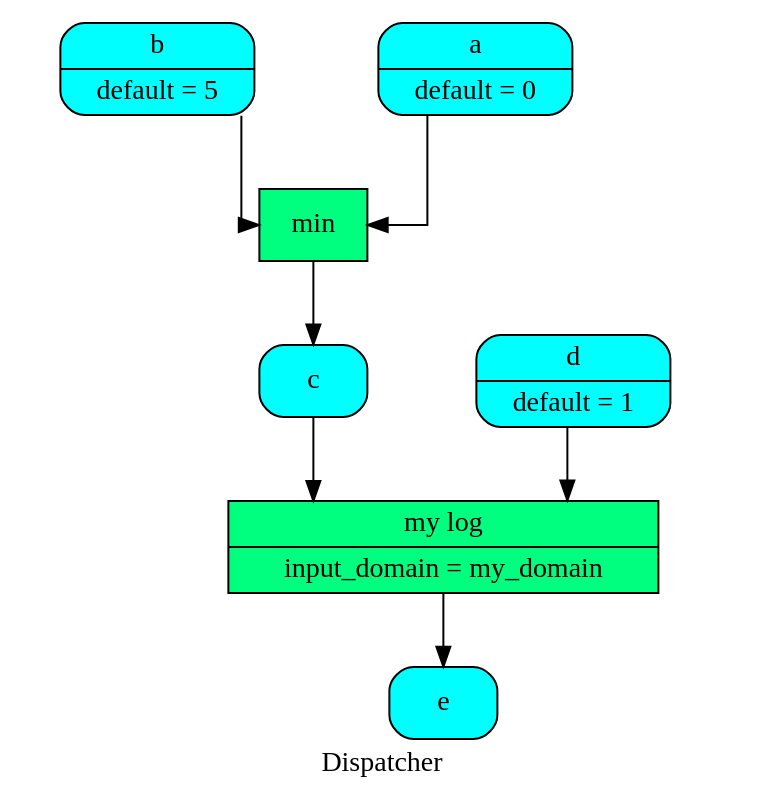
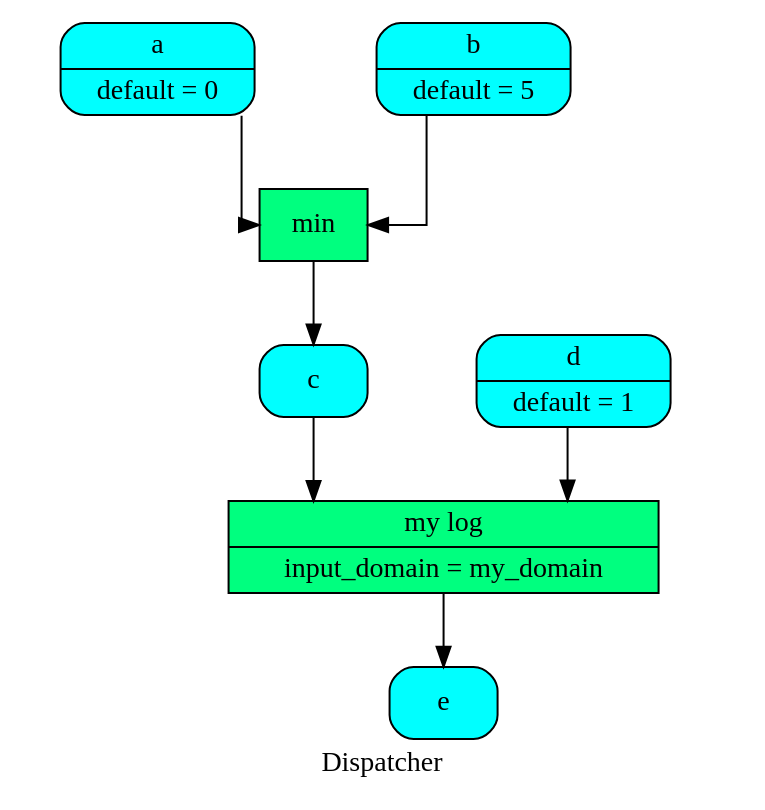
Before and after one commit to vinci1it2000/schedula: the diagram in doc/dispatcher/__init__/dispatch/dsp.dot, drawn with Graphviz. The commit also changed 27 other files, not shown here.

```diff
--- a/doc/dispatcher/__init__/dispatch/dsp.dot
+++ b/doc/dispatcher/__init__/dispatch/dsp.dot
@@ -1,19 +1,19 @@
 digraph Dispatcher {
 	graph [ratio=1]
 	node [style=filled]
+	label = "Dispatcher"
 	splines = ortho
-	label = "Dispatcher"
-		Dispatcher_8964635161244168674 [label="{ my log | input_domain = my_domain }" fillcolor=springgreen shape=record]
-		Dispatcher_3770360551220572883 [label="{ min  }" fillcolor=springgreen shape=record]
-		"Dispatcher_-7525193253846915964" [label="{ c  }" fillcolor=cyan shape=Mrecord]
-		"Dispatcher_-4863238121632644504" [label="{ b | default = 5 }" fillcolor=cyan shape=Mrecord]
-		Dispatcher_2204486394149653195 [label="{ d | default = 1 }" fillcolor=cyan shape=Mrecord]
-		Dispatcher_5281915415694126460 [label="{ a | default = 0 }" fillcolor=cyan shape=Mrecord]
-		Dispatcher_7743958079038773021 [label="{ e  }" fillcolor=cyan shape=Mrecord]
-			Dispatcher_8964635161244168674 -> Dispatcher_7743958079038773021
-			Dispatcher_3770360551220572883 -> "Dispatcher_-7525193253846915964"
-			"Dispatcher_-7525193253846915964" -> Dispatcher_8964635161244168674
-			"Dispatcher_-4863238121632644504" -> Dispatcher_3770360551220572883
-			Dispatcher_2204486394149653195 -> Dispatcher_8964635161244168674
-			Dispatcher_5281915415694126460 -> Dispatcher_3770360551220572883
+		Dispatcher_5285838715725610368 [label="{ a | default = 0 }" fillcolor=cyan shape=Mrecord]
+		"Dispatcher_-7738548223649038923" [label="{ my log | input_domain = my_domain }" fillcolor=springgreen shape=record]
+		"Dispatcher_-4776872530784439559" [label="{ d | default = 1 }" fillcolor=cyan shape=Mrecord]
+		Dispatcher_842756815190668186 [label="{ b | default = 5 }" fillcolor=cyan shape=Mrecord]
+		"Dispatcher_-2964974125178634454" [label="{ min  }" fillcolor=springgreen shape=record]
+		"Dispatcher_-4298380249762582082" [label="{ e  }" fillcolor=cyan shape=Mrecord]
+		"Dispatcher_-1283898629557077595" [label="{ c  }" fillcolor=cyan shape=Mrecord]
+			Dispatcher_5285838715725610368 -> "Dispatcher_-2964974125178634454"
+			"Dispatcher_-7738548223649038923" -> "Dispatcher_-4298380249762582082"
+			"Dispatcher_-4776872530784439559" -> "Dispatcher_-7738548223649038923"
+			Dispatcher_842756815190668186 -> "Dispatcher_-2964974125178634454"
+			"Dispatcher_-2964974125178634454" -> "Dispatcher_-1283898629557077595"
+			"Dispatcher_-1283898629557077595" -> "Dispatcher_-7738548223649038923"
 }
```
